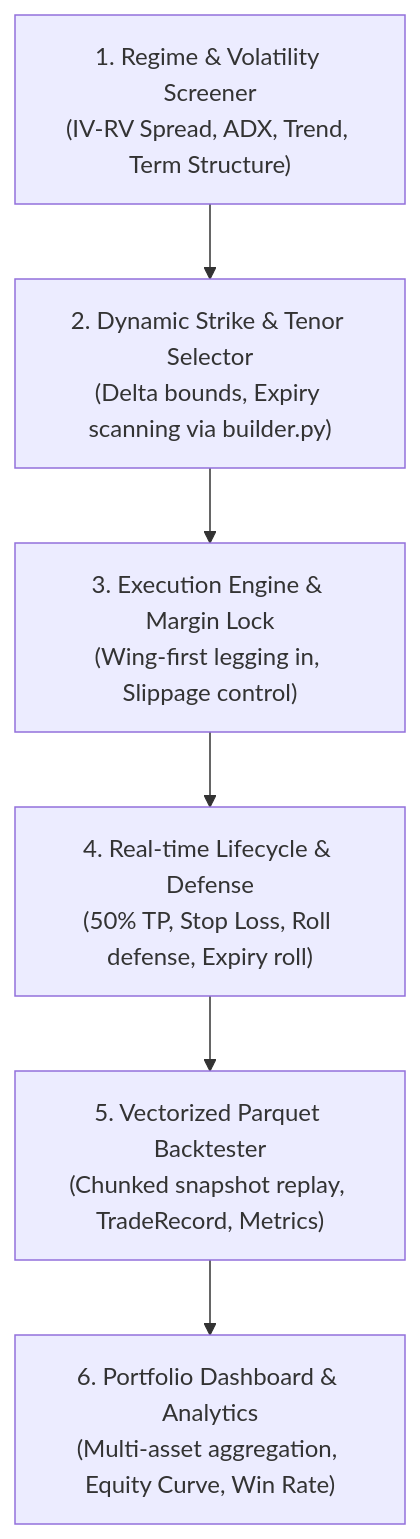
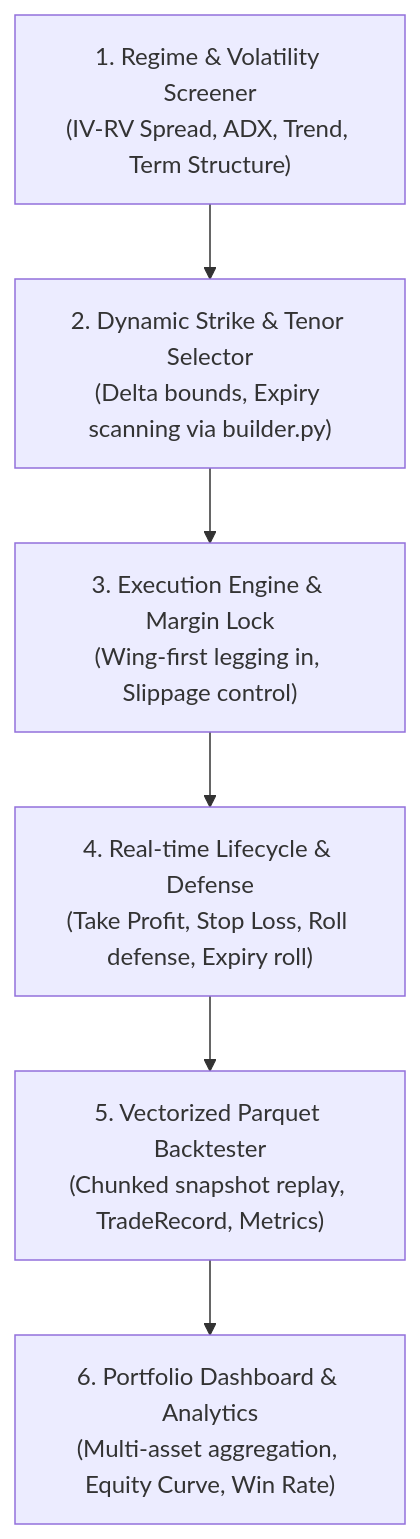
The diagram in docs/issues/bot-000-multi-strategy-options-roadmap.md (HarryWarre/crypto_options_desk_mcp_standalone), drawn with Mermaid before and after one commit. The commit also changed other lines of this file, not shown here.

Commit message:
docs(roadmap): mark all 5 options strategy bots completed with multi-asset verification matrix (BOT-000)

````diff
--- a/docs/issues/bot-000-multi-strategy-options-roadmap.md
+++ b/docs/issues/bot-000-multi-strategy-options-roadmap.md
@@ -31,8 +34,8 @@
 ```mermaid
 flowchart TD
     A["1. Regime & Volatility Screener<br/>(IV-RV Spread, ADX, Trend, Term Structure)"] --> B["2. Dynamic Strike & Tenor Selector<br/>(Delta bounds, Expiry scanning via builder.py)"]
     B --> C["3. Execution Engine & Margin Lock<br/>(Wing-first legging in, Slippage control)"]
-    C --> D["4. Real-time Lifecycle & Defense<br/>(50% TP, Stop Loss, Roll defense, Expiry roll)"]
+    C --> D["4. Real-time Lifecycle & Defense<br/>(Take Profit, Stop Loss, Roll defense, Expiry roll)"]
     D --> E["5. Vectorized Parquet Backtester<br/>(Chunked snapshot replay, TradeRecord, Metrics)"]
     E --> F["6. Portfolio Dashboard & Analytics<br/>(Multi-asset aggregation, Equity Curve, Win Rate)"]
 ```
````
